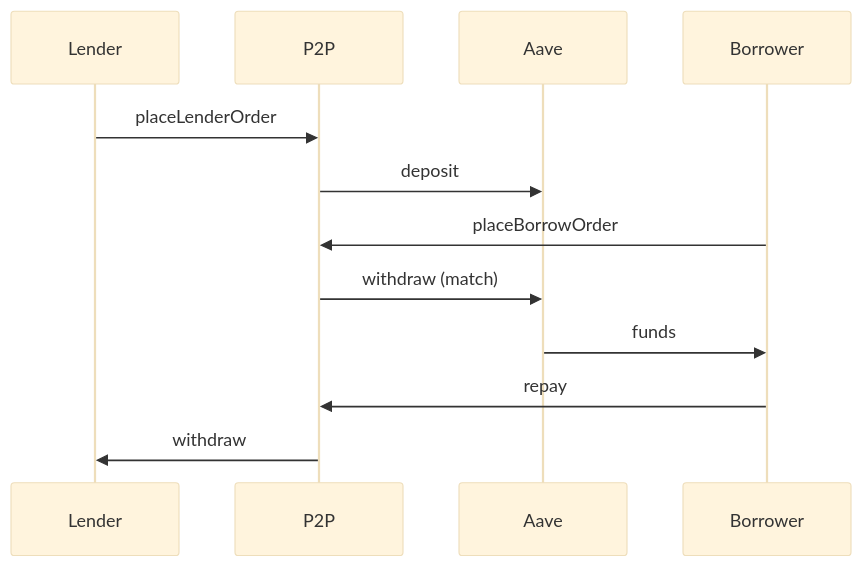
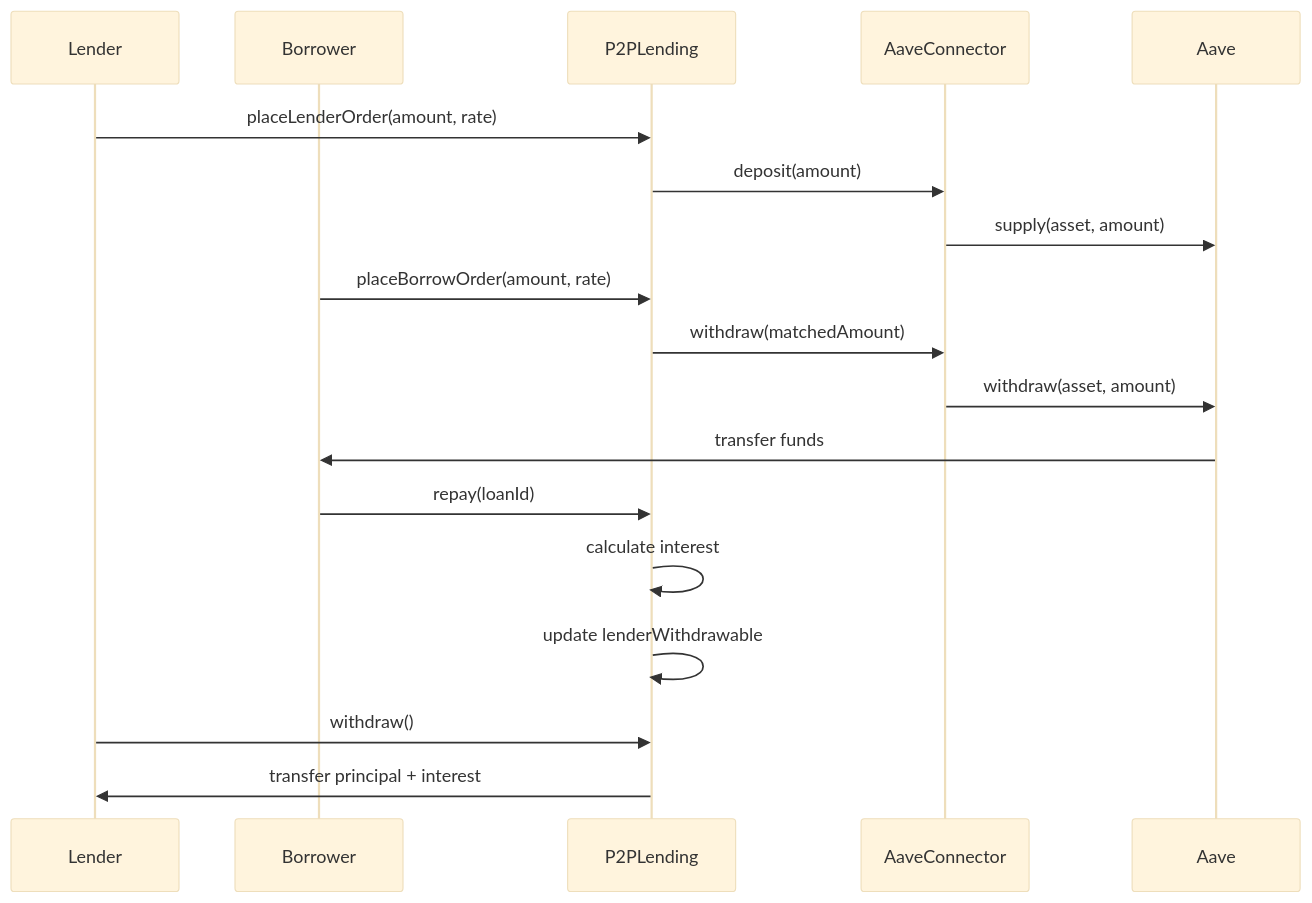
The diagram in README.md (DasHowItBe445/p2p-lending-engine), drawn with Mermaid (base theme) before and after one commit. The commit also changed 3 other files, not shown here.

````diff
--- a/README.md
+++ b/README.md
@@ -37,16 +37,30 @@
 ```mermaid
 sequenceDiagram
     participant Lender
-    participant P2P
+    participant Borrower
+    participant P2P as P2PLending
+    participant Connector as AaveConnector
     participant Aave
 
-    Lender->>P2P: placeLenderOrder
-    P2P->>Aave: deposit
+    %% Lender deposits
+    Lender->>P2P: placeLenderOrder(amount, rate)
+    P2P->>Connector: deposit(amount)
+    Connector->>Aave: supply(asset, amount)
 
-    Borrower->>P2P: placeBorrowOrder
-    P2P->>Aave: withdraw (match)
-    Aave->>Borrower: funds
+    %% Borrower request
+    Borrower->>P2P: placeBorrowOrder(amount, rate)
 
-    Borrower->>P2P: repay
-    P2P->>Lender: withdraw
+    %% Matching
+    P2P->>Connector: withdraw(matchedAmount)
+    Connector->>Aave: withdraw(asset, amount)
+    Aave->>Borrower: transfer funds
+
+    %% Repayment
+    Borrower->>P2P: repay(loanId)
+    P2P->>P2P: calculate interest
+    P2P->>P2P: update lenderWithdrawable
+
+    %% Lender withdraw
+    Lender->>P2P: withdraw()
+    P2P->>Lender: transfer principal + interest
 ```
````
